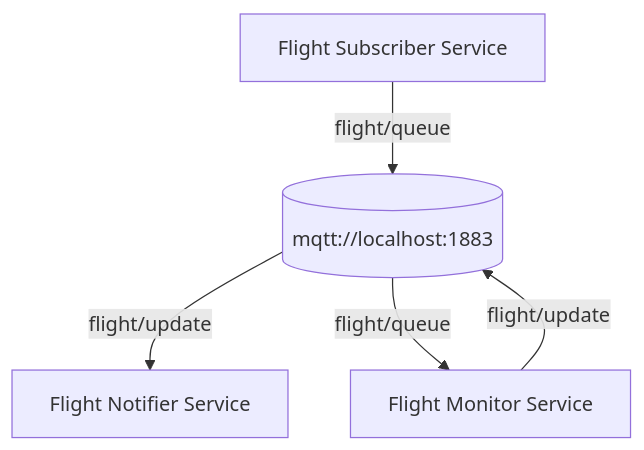
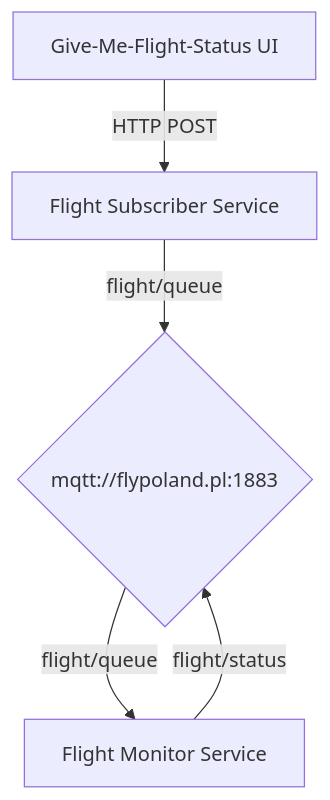
The fourth of 6 diagrams in scripts/theory.md (derberg/Documenting-Event-Driven-Architectures---Workshop-Script), drawn with Mermaid before and after one commit. The commit also changed other lines of this file and 6 other files, not shown here.

Commit message:
fix: add more pictures and diagrams for better explanation

````diff
--- a/scripts/theory.md
+++ b/scripts/theory.md
@@ -56,11 +116,11 @@
     ```mermaid
     graph TD
-    server1[(mqtt://localhost:1883)]
-    FlightMonitorService[Flight Monitor Service]
-    FlightMonitorService -- flight/update --> server1
-    FlightNotifierService[Flight Notifier Service]
-    server1 -- flight/update --> FlightNotifierService
-    FlightSubscriberService[Flight Subscriber Service]
-    FlightSubscriberService -- flight/queue --> server1
-    server1 -- flight/queue --> FlightMonitorService
+      server1{mqtt://flypoland.pl:1883}
+      NotificationSubscribeUI[Give-Me-Flight-Status UI]
+      FlightMonitorService[Flight Monitor Service]
+      NotificationSubscribeUI -- HTTP POST --> FlightSubscriberService
+      FlightMonitorService -- flight/status --> server1
+      FlightSubscriberService[Flight Subscriber Service]
+      FlightSubscriberService -- flight/queue --> server1
+      server1 -- flight/queue --> FlightMonitorService
     ```
````
